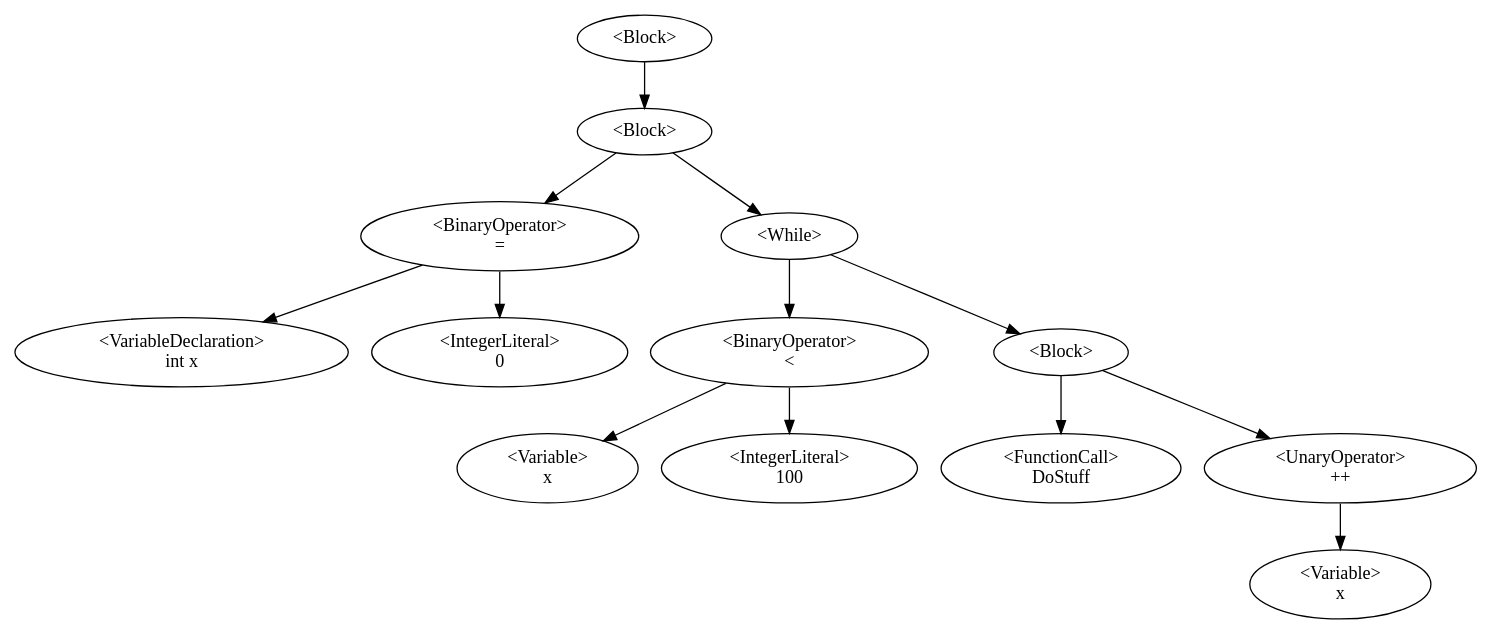
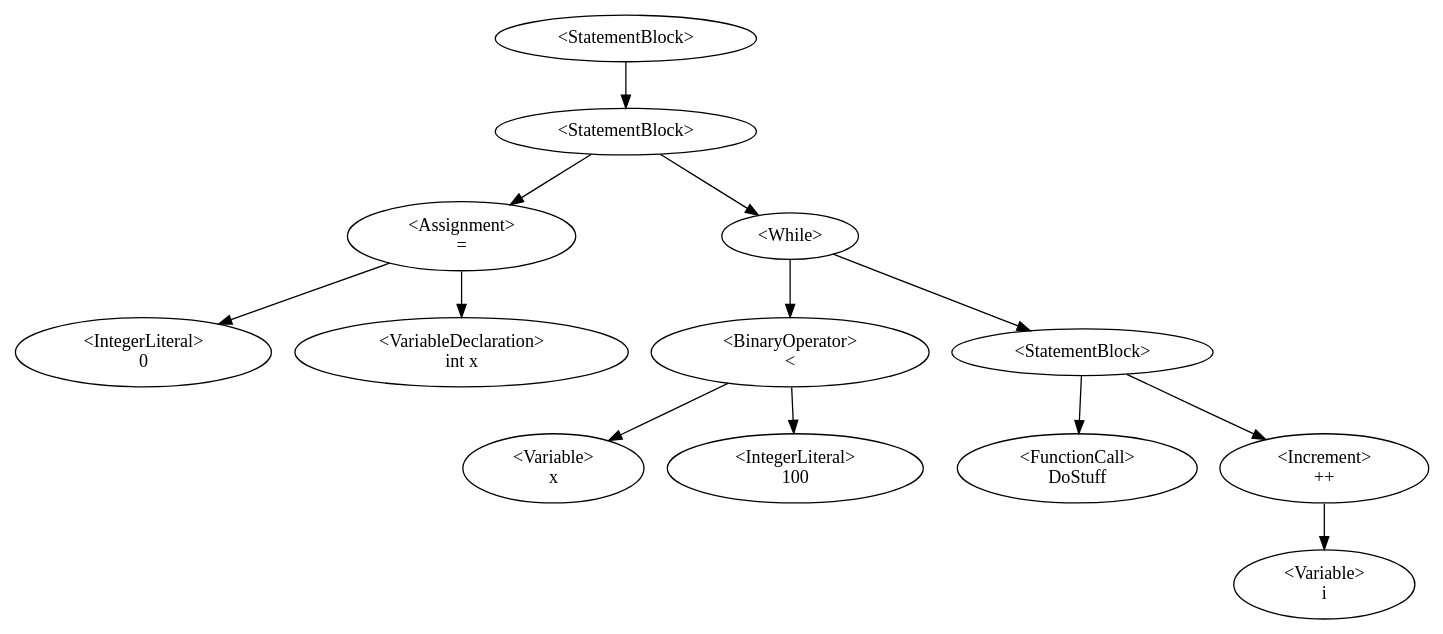
One commit to QazmoQwerty/dino changed the diagram in Dino/Dino/AstDisplay.gv. Above: the diagram before and after it, drawn with Graphviz. The commit also changed 5 other files, not shown here.

```diff
--- a/Dino/Dino/AstDisplay.gv
+++ b/Dino/Dino/AstDisplay.gv
@@ -1,15 +1,15 @@
 digraph G {
-0 [label="<Block>"];0->1;
-1 [label="<Block>"];1->3;1->5;
-3 [label="<BinaryOperator>\n="];3->2;3->4;
+0 [label="<StatementBlock>"];0->1;
+1 [label="<StatementBlock>"];1->3;1->5;
+3 [label="<Assignment>\n="];3->4;3->2;
+4 [label="<IntegerLiteral>\n0"];
 2 [label="<VariableDeclaration>\nint x"];
-4 [label="<IntegerLiteral>\n0"];
 5 [label="<While>"];5->7;5->9;
 7 [label="<BinaryOperator>\n<"];7->6;7->8;
 6 [label="<Variable>\nx"];
 8 [label="<IntegerLiteral>\n100"];
-9 [label="<Block>"];9->11;9->12;
+9 [label="<StatementBlock>"];9->11;9->12;
 11 [label="<FunctionCall>\nDoStuff"];
-12 [label="<UnaryOperator>\n++"];12->13;
-13 [label="<Variable>\nx"];
+12 [label="<Increment>\n++"];12->13;
+13 [label="<Variable>\ni"];
 }
```
